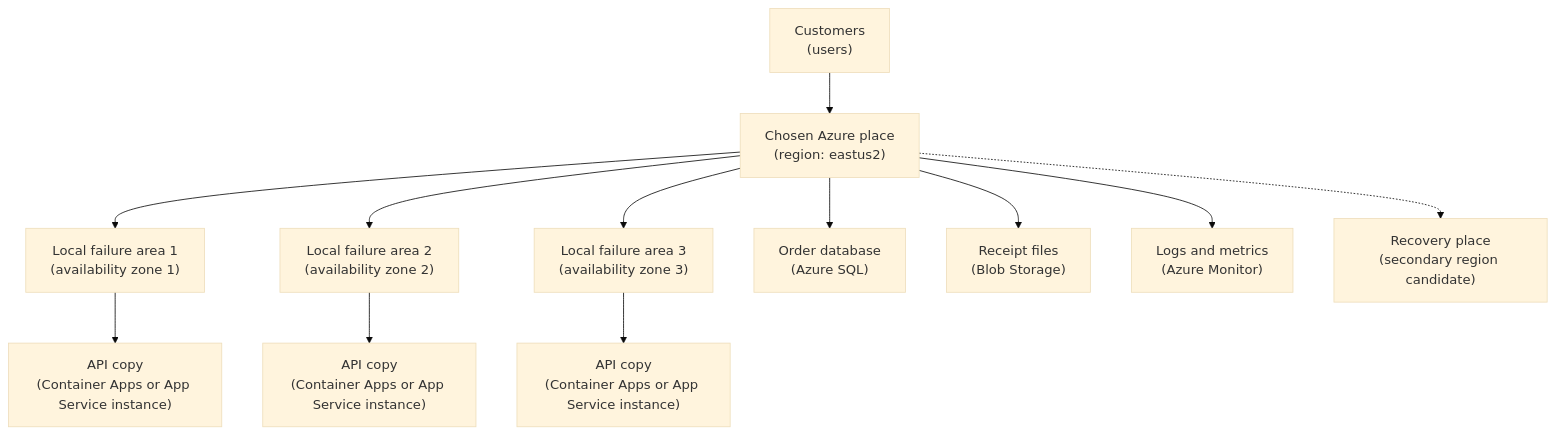
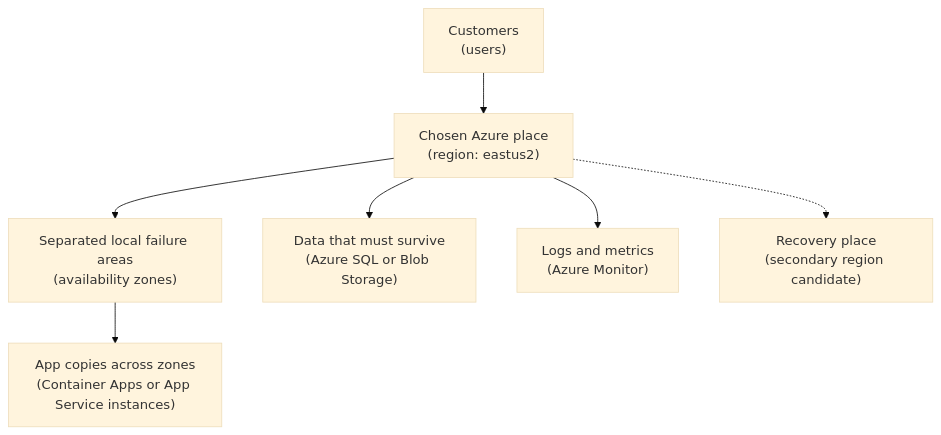
One commit to senlinyy/dev-roadmaps changed the diagram in cloud-providers/azure/foundations/regions-and-availability-zones.md. Above: the diagram before and after it, drawn with Mermaid (base theme). The commit also changed other lines of this file and 89 other files, not shown here.

````diff
--- a/cloud-providers/azure/foundations/regions-and-availability-zones.md
+++ b/cloud-providers/azure/foundations/regions-and-availability-zones.md
@@ -168,27 +168,17 @@
 ```mermaid
 flowchart TD
     USERS["Customers<br/>(users)"]
     REGION["Chosen Azure place<br/>(region: eastus2)"]
-    Z1["Local failure area 1<br/>(availability zone 1)"]
-    Z2["Local failure area 2<br/>(availability zone 2)"]
-    Z3["Local failure area 3<br/>(availability zone 3)"]
-    APP1["API copy<br/>(Container Apps or App Service instance)"]
-    APP2["API copy<br/>(Container Apps or App Service instance)"]
-    APP3["API copy<br/>(Container Apps or App Service instance)"]
-    SQL["Order database<br/>(Azure SQL)"]
-    BLOB["Receipt files<br/>(Blob Storage)"]
+    ZONES["Separated local failure areas<br/>(availability zones)"]
+    APP["App copies across zones<br/>(Container Apps or App Service instances)"]
+    DATA["Data that must survive<br/>(Azure SQL or Blob Storage)"]
     MON["Logs and metrics<br/>(Azure Monitor)"]
     SECONDARY["Recovery place<br/>(secondary region candidate)"]
 
     USERS --> REGION
-    REGION --> Z1
-    REGION --> Z2
-    REGION --> Z3
-    Z1 --> APP1
-    Z2 --> APP2
-    Z3 --> APP3
-    REGION --> SQL
-    REGION --> BLOB
+    REGION --> ZONES
+    ZONES --> APP
+    REGION --> DATA
     REGION --> MON
     REGION -.-> SECONDARY
 ```
````
